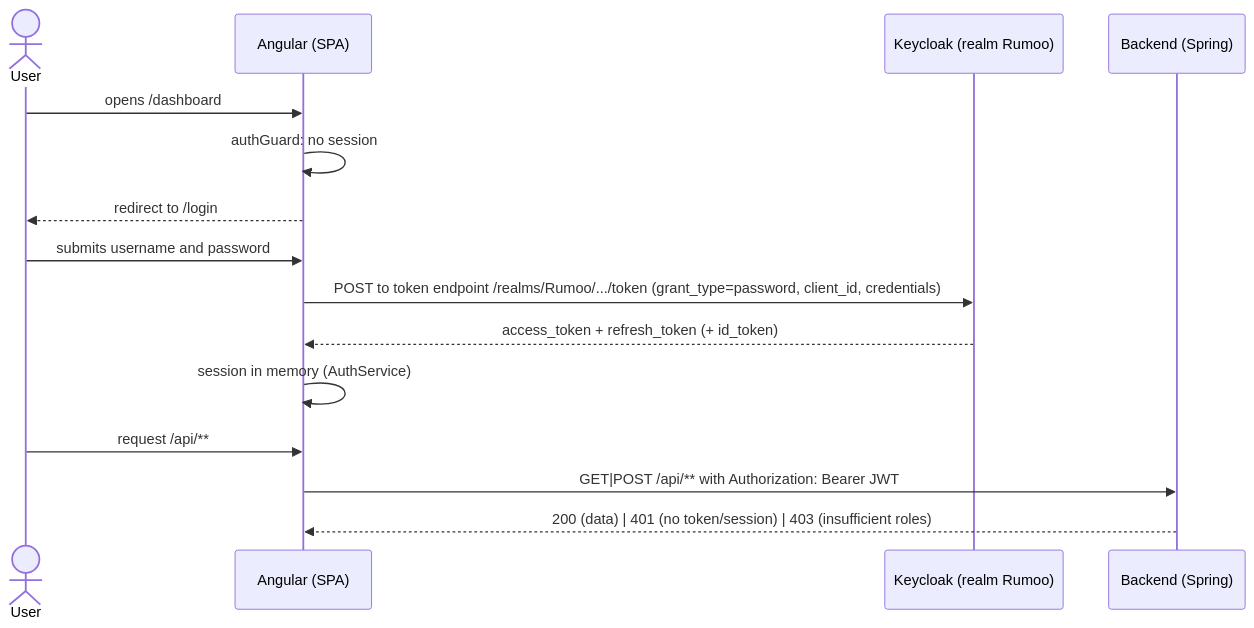
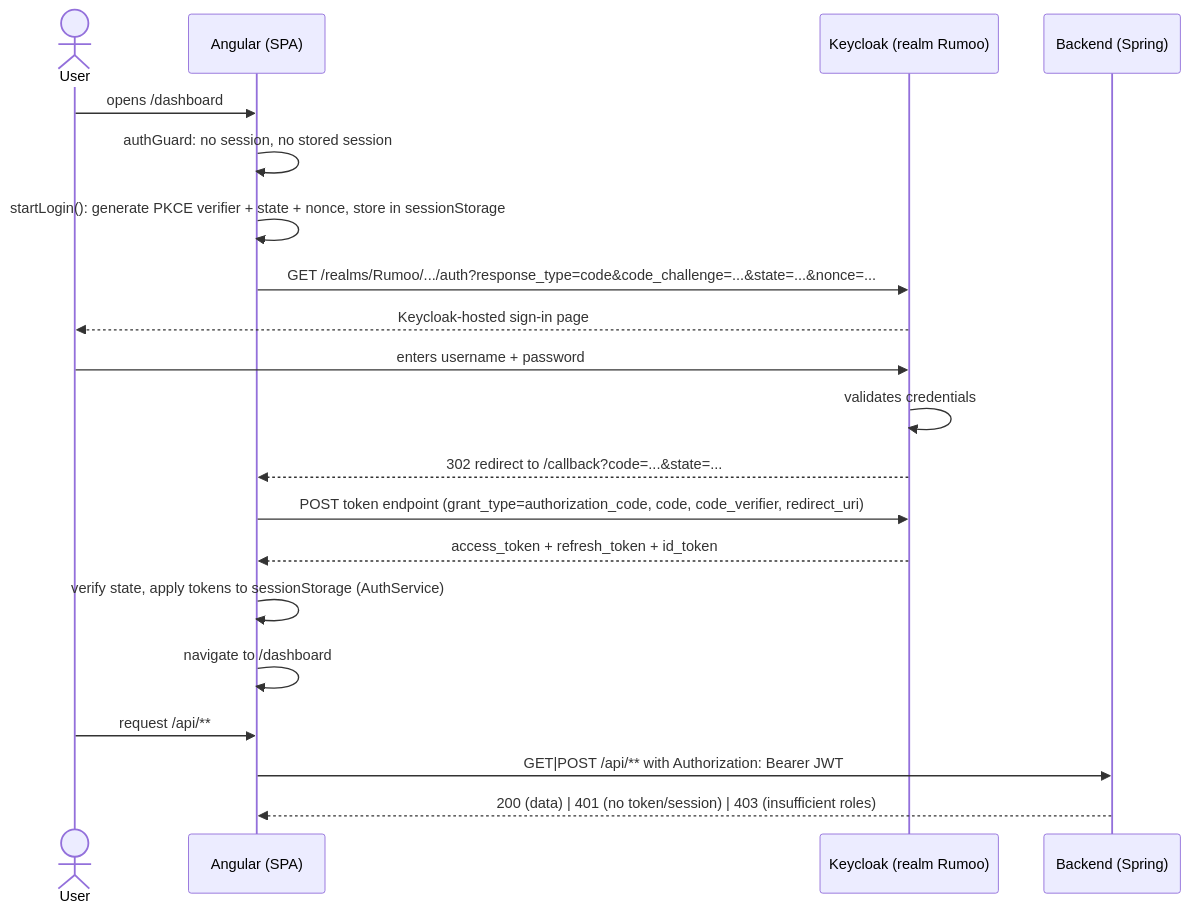
One commit to MatheusWith/Rumoo changed the second of 6 diagrams in docs/auth/authentication-authorization.md. Above: the diagram before and after it, drawn with Mermaid. The commit also changed other lines of this file and 19 other files, not shown here.

First line of the commit message:
feat(frontend): migrate auth from ROPC to Authorization Code + PKCE

````diff
--- a/docs/auth/authentication-authorization.md
+++ b/docs/auth/authentication-authorization.md
@@ -143,18 +118,23 @@
 ```mermaid
 sequenceDiagram
     actor U as User
     participant SPA as Angular (SPA)
     participant KC as Keycloak (realm Rumoo)
     participant BE as Backend (Spring)
 
     U->>SPA: opens /dashboard
-    SPA->>SPA: authGuard: no session
-    SPA-->>U: redirect to /login
-    U->>SPA: submits username and password
-    SPA->>KC: POST to token endpoint /realms/Rumoo/.../token (grant_type=password, client_id, credentials)
-    KC-->>SPA: access_token + refresh_token (+ id_token)
-    SPA->>SPA: session in memory (AuthService)
+    SPA->>SPA: authGuard: no session, no stored session
+    SPA->>SPA: startLogin(): generate PKCE verifier + state + nonce, store in sessionStorage
+    SPA->>KC: GET /realms/Rumoo/.../auth?response_type=code&code_challenge=...&state=...&nonce=...
+    KC-->>U: Keycloak-hosted sign-in page
+    U->>KC: enters username + password
+    KC->>KC: validates credentials
+    KC-->>SPA: 302 redirect to /callback?code=...&state=...
+    SPA->>KC: POST token endpoint (grant_type=authorization_code, code, code_verifier, redirect_uri)
+    KC-->>SPA: access_token + refresh_token + id_token
+    SPA->>SPA: verify state, apply tokens to sessionStorage (AuthService)
+    SPA->>SPA: navigate to /dashboard
     U->>SPA: request /api/**
     SPA->>BE: GET|POST /api/** with Authorization: Bearer JWT
     BE-->>SPA: 200 (data) | 401 (no token/session) | 403 (insufficient roles)
 ```
````
